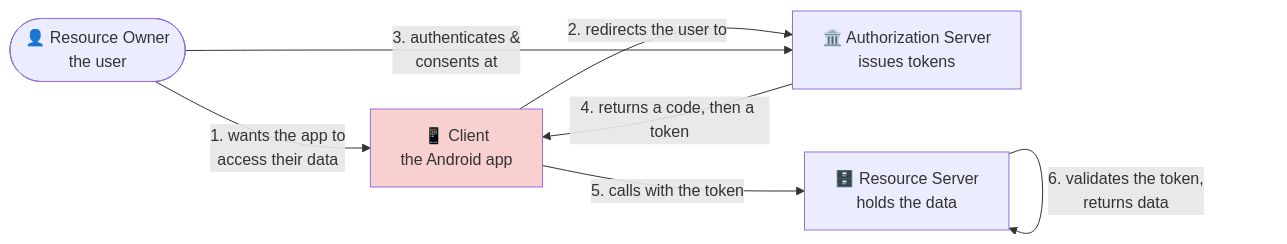
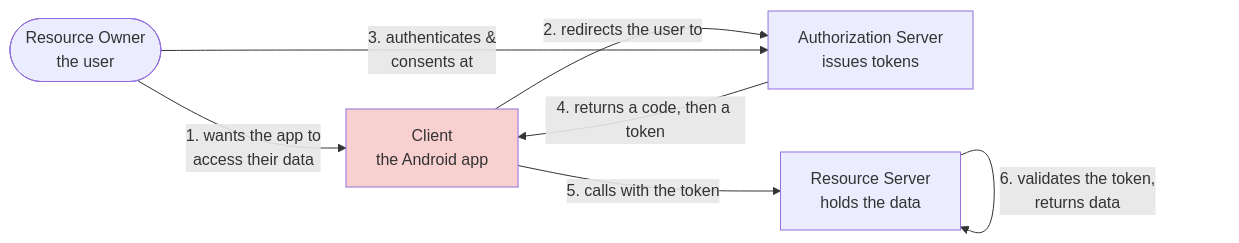
The first of 22 diagrams in 45-OAuth/README.md (FlyPhantomFly/android-security-handbook), drawn with Mermaid before and after one commit. The commit also changed other lines of this file and 118 other files, not shown here.

````diff
--- a/45-OAuth/README.md
+++ b/45-OAuth/README.md
@@ -111,16 +111,16 @@
 ```mermaid
 flowchart LR
-    RO(["👤 Resource Owner<br/>the user"])
-    C["📱 Client<br/>the Android app"]
-    AS["🏛️ Authorization Server<br/>issues tokens"]
-    RS["🗄️ Resource Server<br/>holds the data"]
+    RO(["Resource Owner<br/>the user"])
+    C["Client<br/>the Android app"]
+    AS["Authorization Server<br/>issues tokens"]
+    RS["Resource Server<br/>holds the data"]
 
     RO -- "1. wants the app to<br/>access their data" --> C
     C -- "2. redirects the user to" --> AS
     RO -- "3. authenticates &<br/>consents at" --> AS
     AS -- "4. returns a code, then a token" --> C
     C -- "5. calls with the token" --> RS
     RS -- "6. validates the token,<br/>returns data" --> RS
 
     style C fill:#f9d0d0
 ```
````
